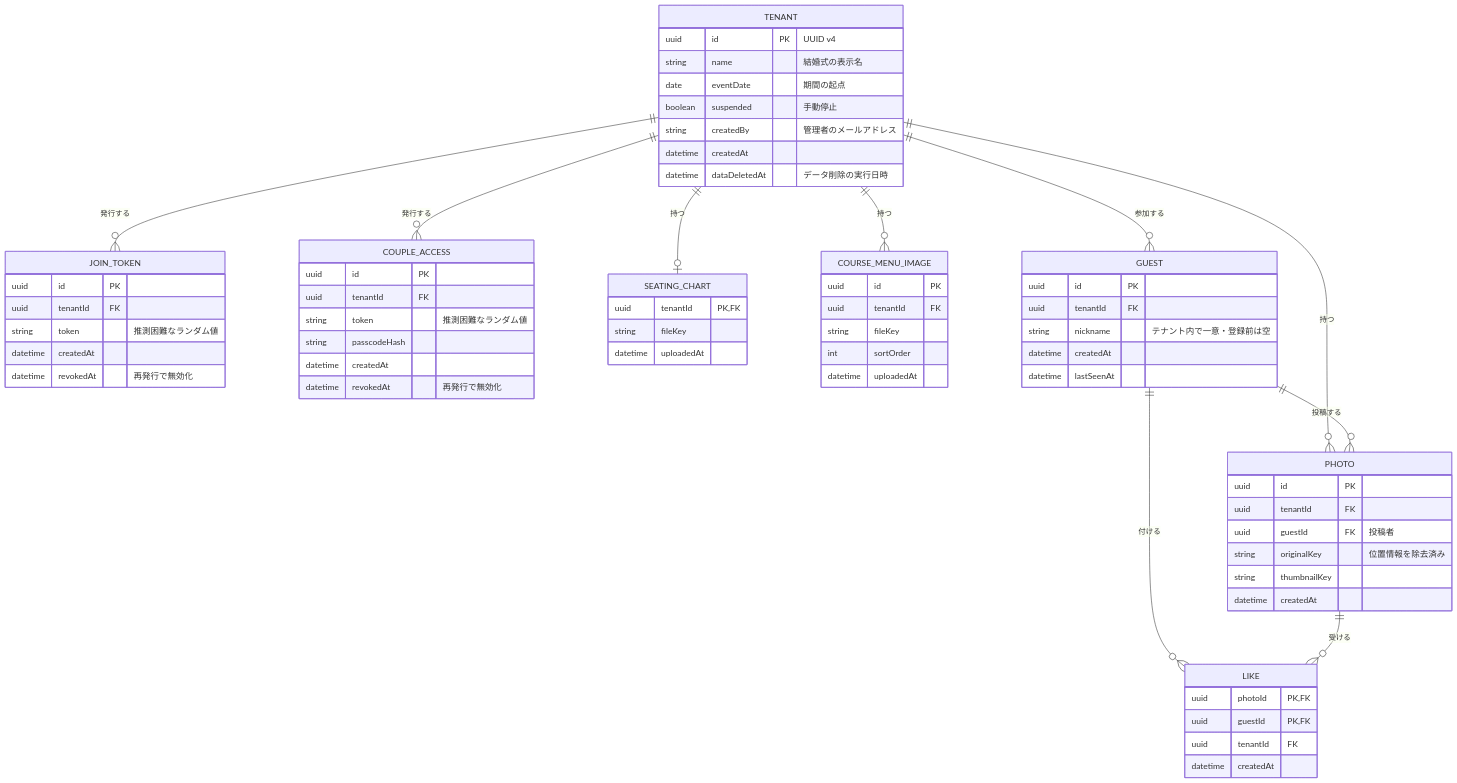
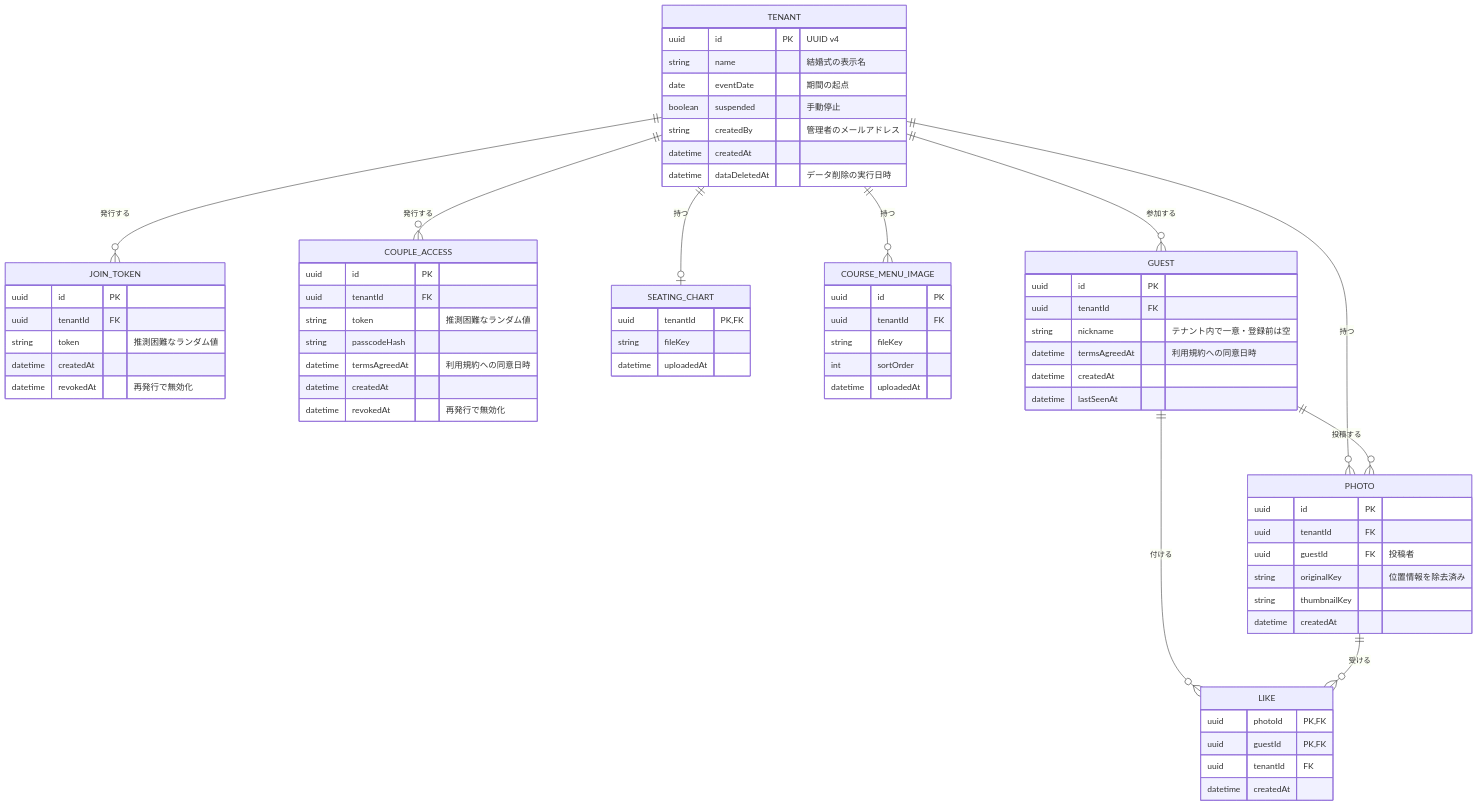
One commit to Nagomu0128/would-you-marry.me changed the diagram in docs/design/domain-model.md. Above: the diagram before and after it, drawn with Mermaid. The commit also changed other lines of this file and 11 other files, not shown here.

````diff
--- a/docs/design/domain-model.md
+++ b/docs/design/domain-model.md
@@ -22,70 +22,72 @@
 ```mermaid
 erDiagram
     TENANT ||--o{ JOIN_TOKEN : "発行する"
     TENANT ||--o{ COUPLE_ACCESS : "発行する"
     TENANT ||--o| SEATING_CHART : "持つ"
     TENANT ||--o{ COURSE_MENU_IMAGE : "持つ"
     TENANT ||--o{ GUEST : "参加する"
     TENANT ||--o{ PHOTO : "持つ"
     GUEST ||--o{ PHOTO : "投稿する"
     GUEST ||--o{ LIKE : "付ける"
     PHOTO ||--o{ LIKE : "受ける"
 
     TENANT {
         uuid id PK "UUID v4"
         string name "結婚式の表示名"
         date eventDate "期間の起点"
         boolean suspended "手動停止"
         string createdBy "管理者のメールアドレス"
         datetime createdAt
         datetime dataDeletedAt "データ削除の実行日時"
     }
     JOIN_TOKEN {
         uuid id PK
         uuid tenantId FK
         string token "推測困難なランダム値"
         datetime createdAt
         datetime revokedAt "再発行で無効化"
     }
     COUPLE_ACCESS {
         uuid id PK
         uuid tenantId FK
         string token "推測困難なランダム値"
         string passcodeHash
+        datetime termsAgreedAt "利用規約への同意日時"
         datetime createdAt
         datetime revokedAt "再発行で無効化"
     }
     SEATING_CHART {
         uuid tenantId PK, FK
         string fileKey
         datetime uploadedAt
     }
     COURSE_MENU_IMAGE {
         uuid id PK
         uuid tenantId FK
         string fileKey
         int sortOrder
         datetime uploadedAt
     }
     GUEST {
         uuid id PK
         uuid tenantId FK
         string nickname "テナント内で一意・登録前は空"
+        datetime termsAgreedAt "利用規約への同意日時"
         datetime createdAt
         datetime lastSeenAt
     }
     PHOTO {
         uuid id PK
         uuid tenantId FK
         uuid guestId FK "投稿者"
         string originalKey "位置情報を除去済み"
         string thumbnailKey
         datetime createdAt
     }
     LIKE {
         uuid photoId PK, FK
         uuid guestId PK, FK
         uuid tenantId FK
         datetime createdAt
     }
 ```
````
